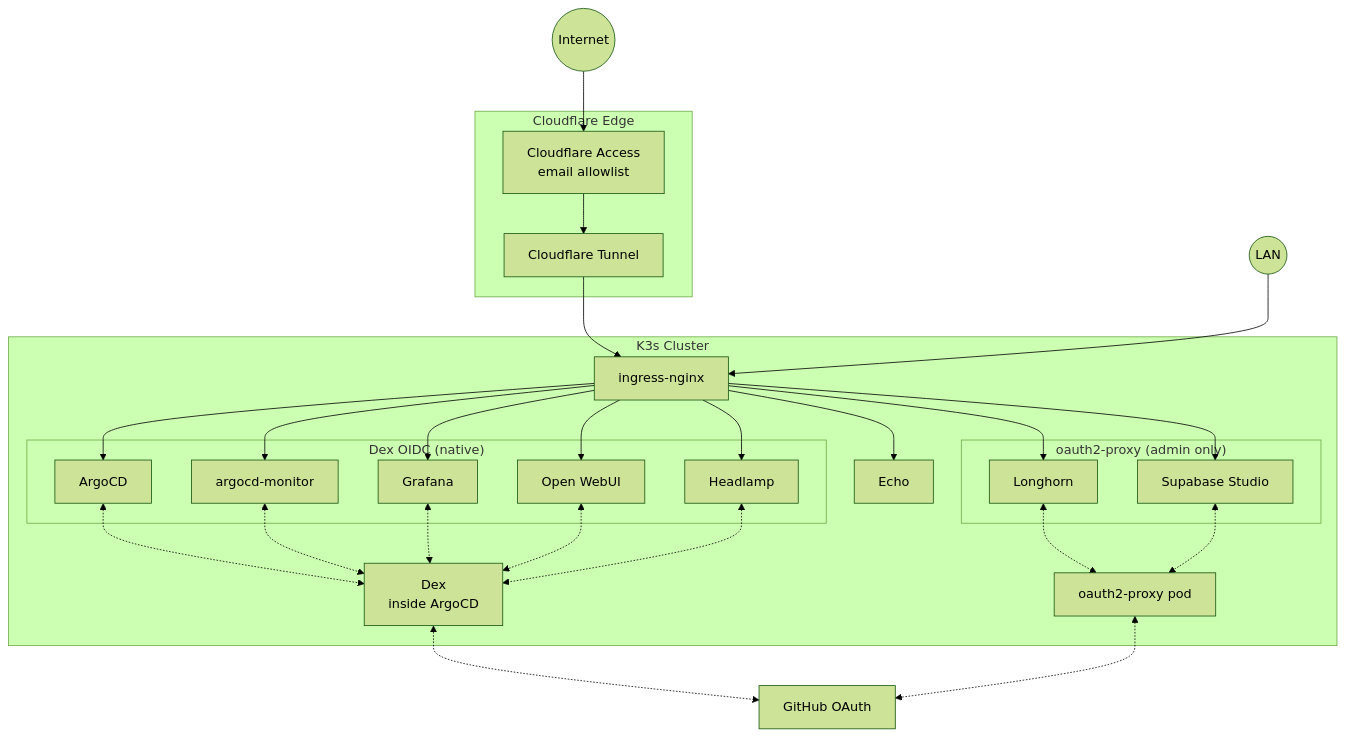
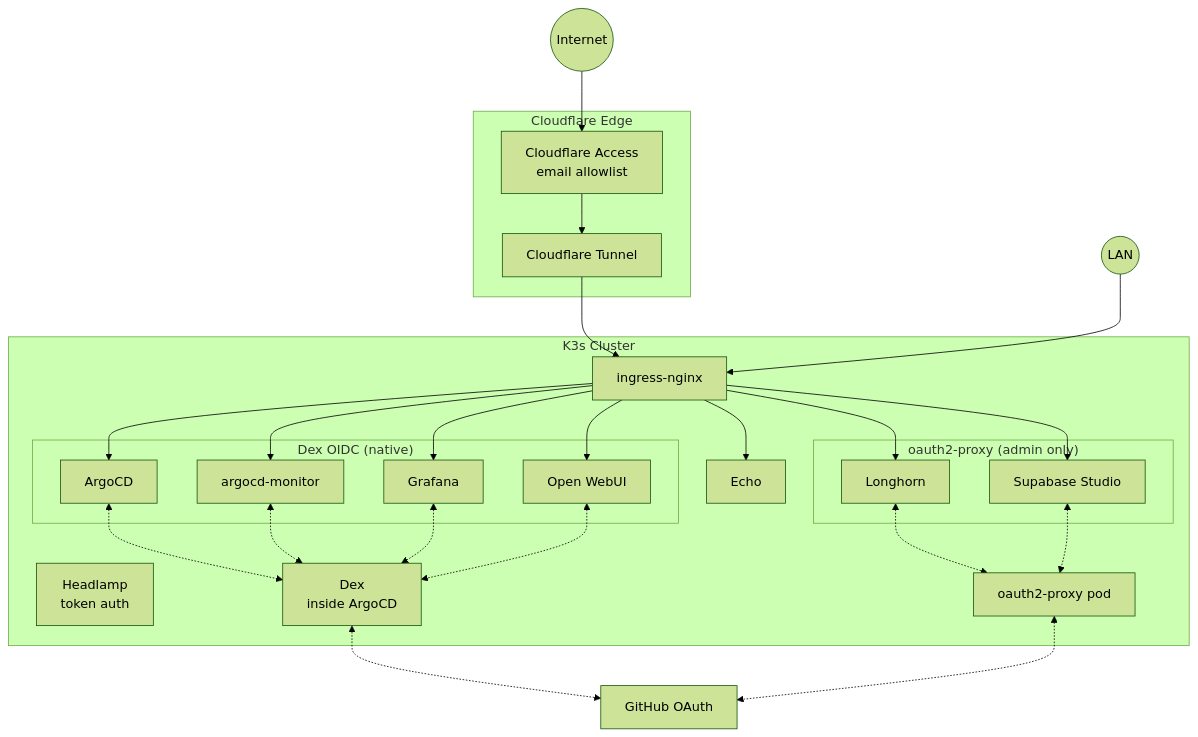
Before and after one commit to gilesknap/tpi-k3s-ansible: the sixth of 6 diagrams in docs/explanations/authentication.md, drawn with Mermaid (forest theme). The commit also changed other lines of this file and 18 other files, not shown here.

First line of the commit message:
Drop Headlamp OIDC, use ServiceAccount token auth

````diff
--- a/docs/explanations/authentication.md
+++ b/docs/explanations/authentication.md
@@ -250,57 +243,56 @@
 ```{mermaid}
 flowchart TB
     Internet((Internet))
     LAN((LAN))
 
     subgraph Cloudflare["Cloudflare Edge"]
         CFA[Cloudflare Access<br/>email allowlist]
         CFT[Cloudflare Tunnel]
     end
 
     subgraph Cluster["K3s Cluster"]
         NGINX[ingress-nginx]
 
         subgraph DexAuth["Dex OIDC (native)"]
             ArgoCD
             Monitor[argocd-monitor]
             Grafana
             OpenWebUI[Open WebUI]
-            Headlamp
         end
+
+        Headlamp[Headlamp<br/>token auth]
 
         subgraph ProxyAuth["oauth2-proxy (admin only)"]
             Longhorn
             Supabase[Supabase Studio]
         end
 
         Echo
 
         OAP[oauth2-proxy pod]
         DexPod[Dex<br/>inside ArgoCD]
     end
 
     GH[GitHub OAuth]
 
     Internet --> CFA --> CFT --> NGINX
     LAN --> NGINX
 
     NGINX --> ArgoCD
     NGINX --> Monitor
     NGINX --> Grafana
     NGINX --> OpenWebUI
-    NGINX --> Headlamp
     NGINX --> Longhorn
     NGINX --> Supabase
     NGINX --> Echo
 
     ArgoCD <-.-> DexPod
     Monitor <-.-> DexPod
     Grafana <-.-> DexPod
     OpenWebUI <-.-> DexPod
-    Headlamp <-.-> DexPod
     Longhorn <-.-> OAP
     Supabase <-.-> OAP
 
     DexPod <-.-> GH
     OAP <-.-> GH
 ```
````
